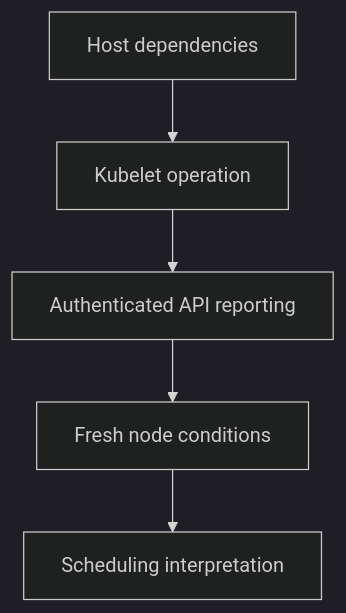
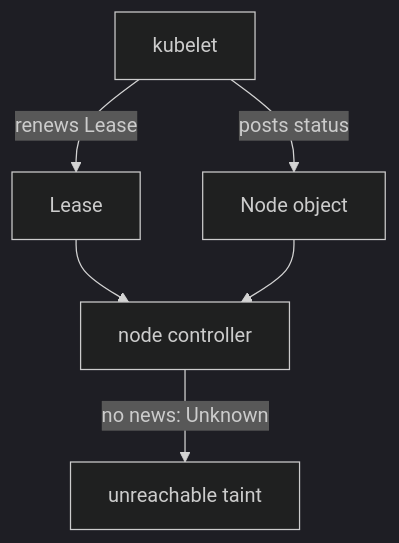
The diagram in sections/section-010/module-01/course-01-diagnosing-node-readiness-and-host-dependencies.md (astrona-io/ATS023), drawn with Mermaid (dark theme) before and after one commit. The commit also changed other lines of this file and 408 other files, not shown here.

````diff
--- a/sections/section-010/module-01/course-01-diagnosing-node-readiness-and-host-dependencies.md
+++ b/sections/section-010/module-01/course-01-diagnosing-node-readiness-and-host-dependencies.md
@@ -62,12 +57,8 @@
 ```mermaid
 flowchart TB
-    N0["Host dependencies"]
-    N1["Kubelet operation"]
-    N2["Authenticated API reporting"]
-    N3["Fresh node conditions"]
-    N4["Scheduling interpretation"]
-    N0 --> N1
-    N1 --> N2
-    N2 --> N3
-    N3 --> N4
+    K["kubelet"] -->|"renews Lease"| L["Lease"]
+    K -->|"posts status"| N["Node object"]
+    L --> C["node controller"]
+    N --> C
+    C -->|"no news: Unknown"| T["unreachable taint"]
 ```
````
